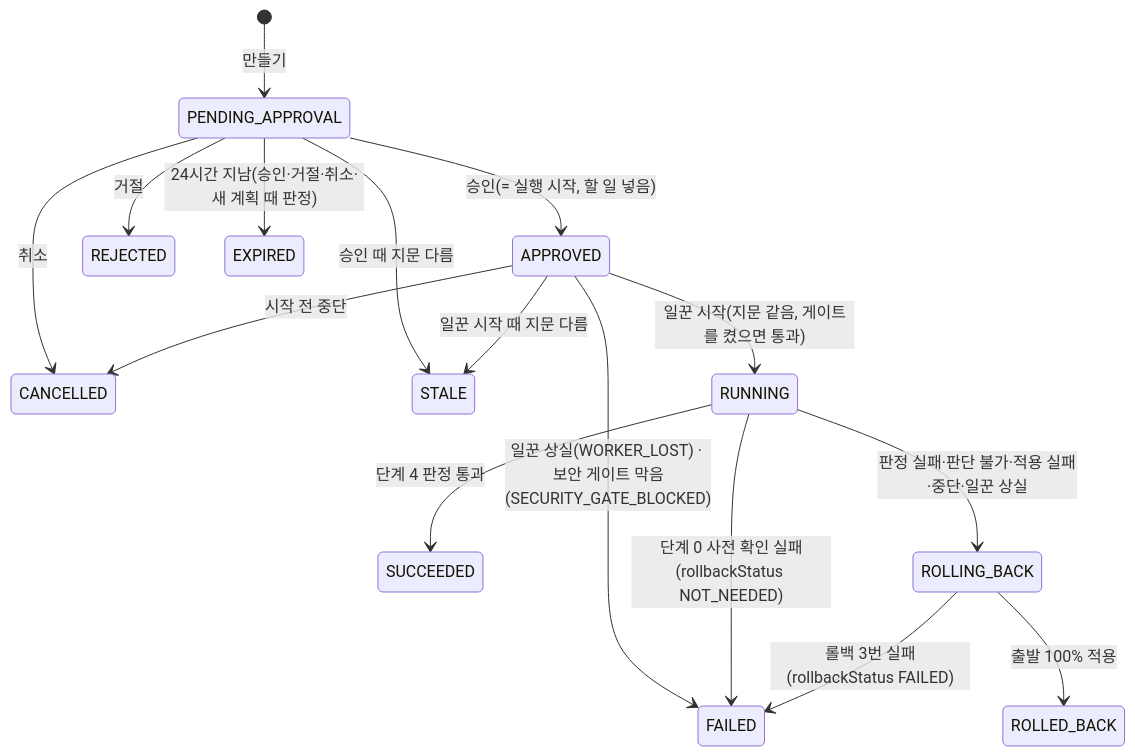
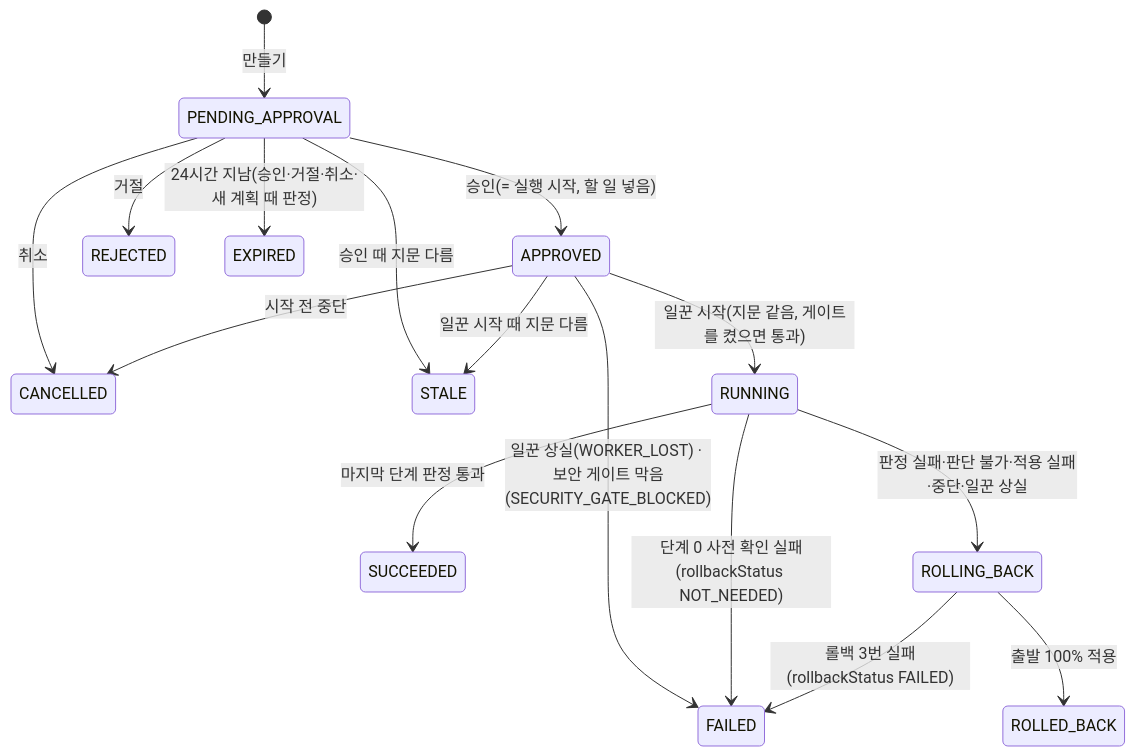
Before and after one commit to Softbank-Hackathon-2026-Team-Echo/echo-was: the fifth of 7 diagrams in docs/schema.md, drawn with Mermaid. The commit also changed other lines of this file and 25 other files, not shown here.

````diff
--- a/docs/schema.md
+++ b/docs/schema.md
@@ -588,18 +588,18 @@
 ```mermaid
 stateDiagram-v2
     [*] --> PENDING_APPROVAL : 만들기
     PENDING_APPROVAL --> APPROVED : 승인(= 실행 시작, 할 일 넣음)
     PENDING_APPROVAL --> REJECTED : 거절
     PENDING_APPROVAL --> CANCELLED : 취소
     PENDING_APPROVAL --> EXPIRED : 24시간 지남(승인·거절·취소·새 계획 때 판정)
     PENDING_APPROVAL --> STALE : 승인 때 지문 다름
     APPROVED --> RUNNING : 일꾼 시작(지문 같음, 게이트를 켰으면 통과)
     APPROVED --> STALE : 일꾼 시작 때 지문 다름
     APPROVED --> CANCELLED : 시작 전 중단
     APPROVED --> FAILED : 일꾼 상실(WORKER_LOST) · 보안 게이트 막음(SECURITY_GATE_BLOCKED)
-    RUNNING --> SUCCEEDED : 단계 4 판정 통과
+    RUNNING --> SUCCEEDED : 마지막 단계 판정 통과
     RUNNING --> FAILED : 단계 0 사전 확인 실패(rollbackStatus NOT_NEEDED)
     RUNNING --> ROLLING_BACK : 판정 실패·판단 불가·적용 실패·중단·일꾼 상실
     ROLLING_BACK --> ROLLED_BACK : 출발 100% 적용
     ROLLING_BACK --> FAILED : 롤백 3번 실패(rollbackStatus FAILED)
 ```
````
